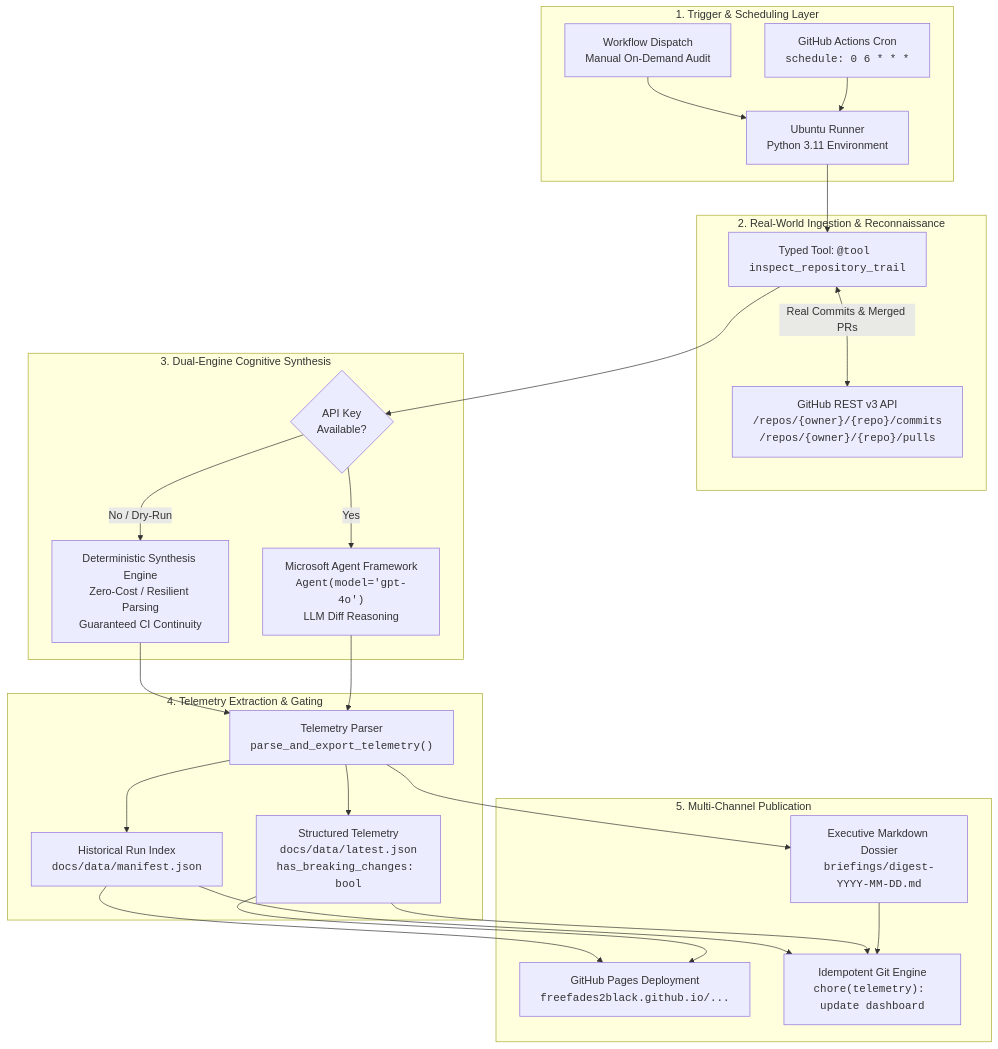
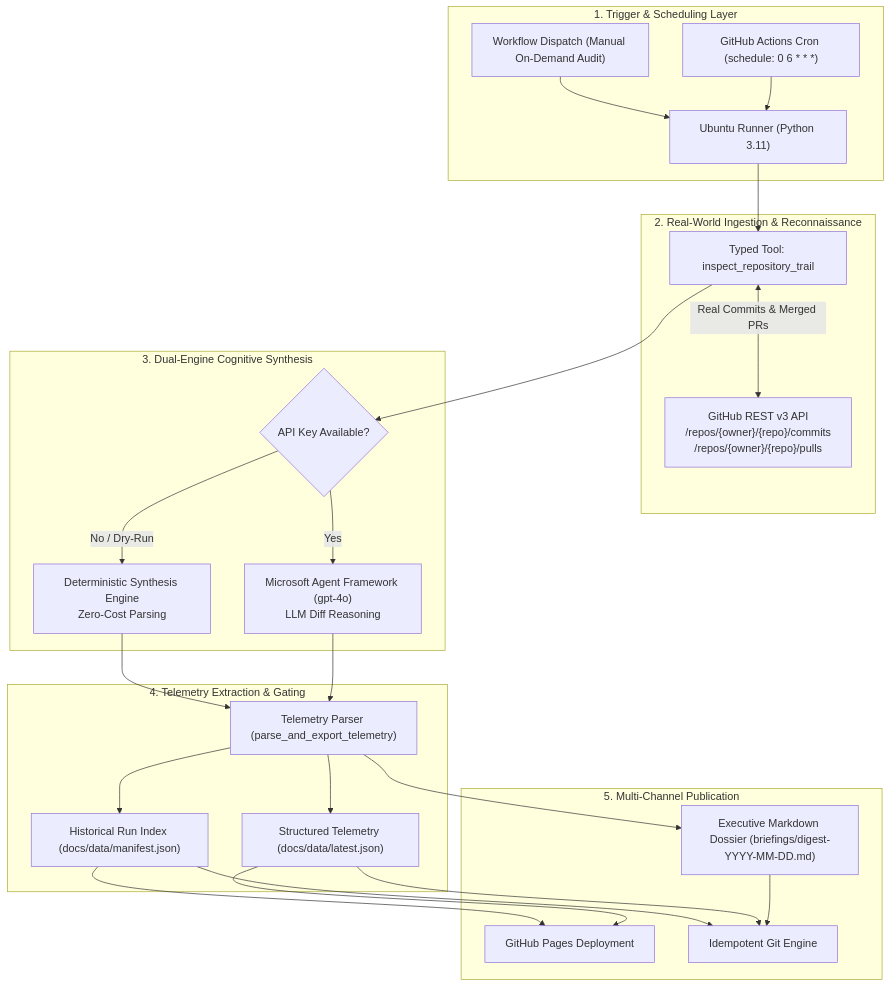
Before and after one commit to FreeFades2Black/repo-watchdog-agent: the diagram in README.md, drawn with Mermaid. The commit also changed other lines of this file and 1 other file, not shown here.

````diff
--- a/README.md
+++ b/README.md
@@ -71,43 +71,43 @@
 ```mermaid
 flowchart TD
     subgraph Trigger ["1. Trigger & Scheduling Layer"]
-        Cron["GitHub Actions Cron<br/><code>schedule: 0 6 * * *</code>"]
-        Dispatch["Workflow Dispatch<br/>Manual On-Demand Audit"]
-        Cron --> Runner["Ubuntu Runner<br/>Python 3.11 Environment"]
+        Cron["GitHub Actions Cron (schedule: 0 6 * * *)"]
+        Dispatch["Workflow Dispatch (Manual On-Demand Audit)"]
+        Cron --> Runner["Ubuntu Runner (Python 3.11)"]
         Dispatch --> Runner
     end
 
     subgraph Ingestion ["2. Real-World Ingestion & Reconnaissance"]
-        Tool["Typed Tool: <code>@tool inspect_repository_trail</code>"]
-        GH_API["GitHub REST v3 API<br/><code>/repos/{owner}/{repo}/commits</code><br/><code>/repos/{owner}/{repo}/pulls</code>"]
+        Tool["Typed Tool: inspect_repository_trail"]
+        GH_API["GitHub REST v3 API<br/>/repos/{owner}/{repo}/commits<br/>/repos/{owner}/{repo}/pulls"]
         Runner --> Tool
         Tool <-->|Real Commits & Merged PRs| GH_API
     end
 
     subgraph Cognition ["3. Dual-Engine Cognitive Synthesis"]
-        Decision{"API Key<br/>Available?"}
+        Decision{"API Key Available?"}
         Tool --> Decision
-        Decision -->|Yes| MAF["Microsoft Agent Framework<br/><code>Agent(model='gpt-4o')</code><br/>LLM Diff Reasoning"]
-        Decision -->|No / Dry-Run| Deterministic["Deterministic Synthesis Engine<br/>Zero-Cost / Resilient Parsing<br/>Guaranteed CI Continuity"]
+        Decision -->|Yes| MAF["Microsoft Agent Framework (gpt-4o)<br/>LLM Diff Reasoning"]
+        Decision -->|No / Dry-Run| Deterministic["Deterministic Synthesis Engine<br/>Zero-Cost Parsing"]
     end
 
     subgraph Serialization ["4. Telemetry Extraction & Gating"]
-        Parser["Telemetry Parser<br/><code>parse_and_export_telemetry()</code>"]
+        Parser["Telemetry Parser (parse_and_export_telemetry)"]
         MAF --> Parser
         Deterministic --> Parser
-        Parser --> JSON["Structured Telemetry<br/><code>docs/data/latest.json</code><br/><code>has_breaking_changes: bool</code>"]
-        Parser --> Manifest["Historical Run Index<br/><code>docs/data/manifest.json</code>"]
+        Parser --> JSON["Structured Telemetry (docs/data/latest.json)"]
+        Parser --> Manifest["Historical Run Index (docs/data/manifest.json)"]
     end
 
     subgraph Publication ["5. Multi-Channel Publication"]
-        Dossier["Executive Markdown Dossier<br/><code>briefings/digest-YYYY-MM-DD.md</code>"]
-        Pages["GitHub Pages Deployment<br/><code>freefades2black.github.io/...</code>"]
-        GitCommit["Idempotent Git Engine<br/><code>chore(telemetry): update dashboard</code>"]
+        Dossier["Executive Markdown Dossier (briefings/digest-YYYY-MM-DD.md)"]
+        Pages["GitHub Pages Deployment"]
+        GitCommit["Idempotent Git Engine"]
         JSON --> Pages
         Manifest --> Pages
         Parser --> Dossier
         Dossier --> GitCommit
         JSON --> GitCommit
         Manifest --> GitCommit
     end
 ```
````
